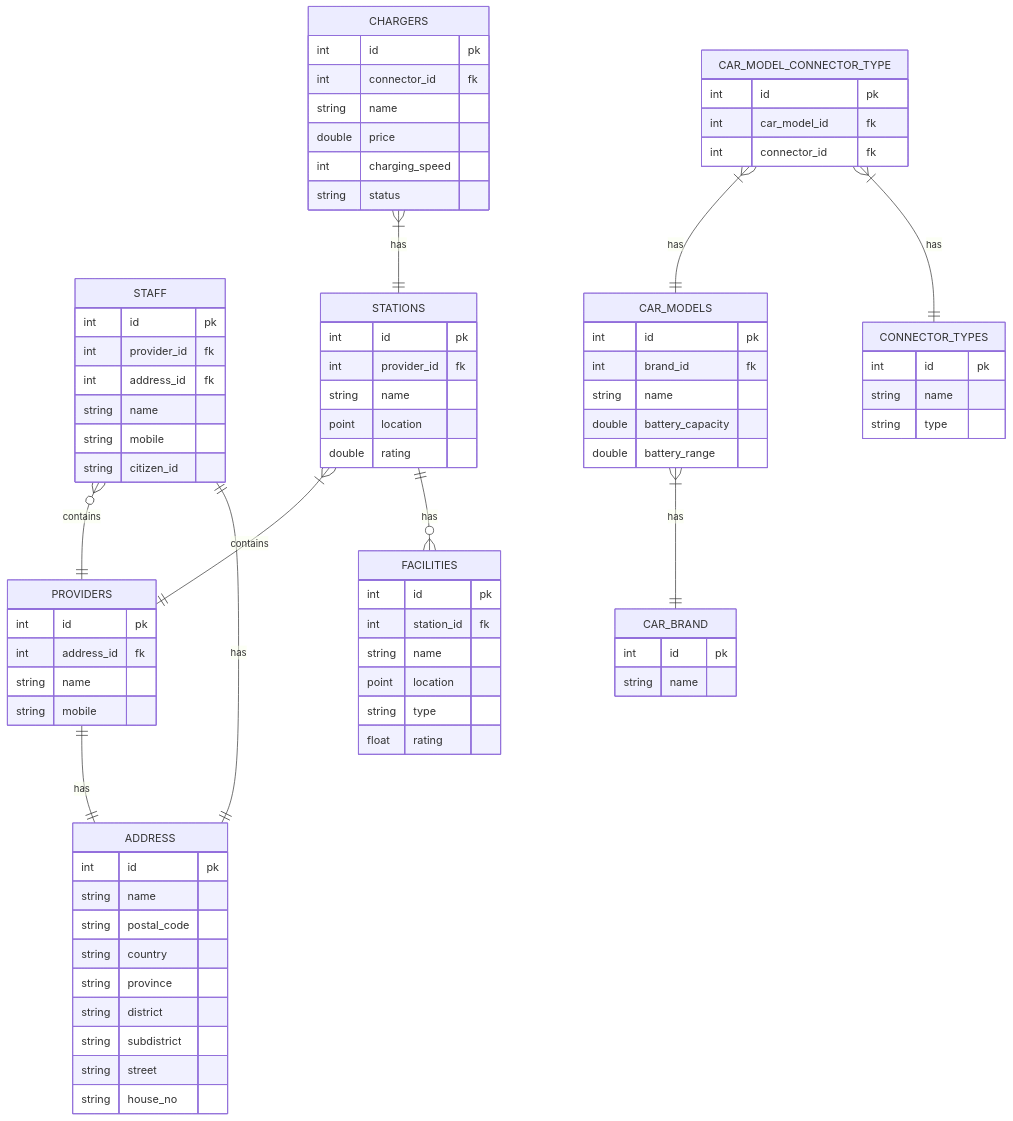
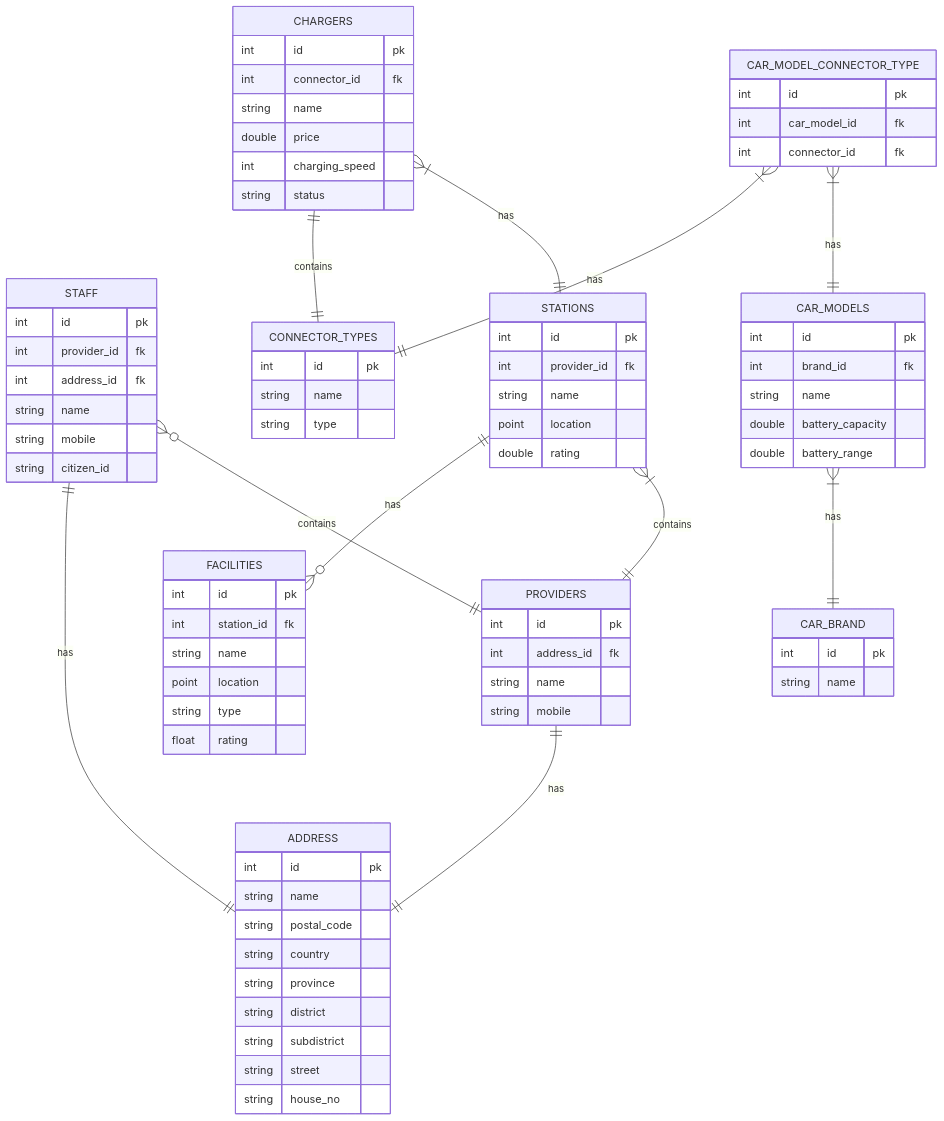
The diagram in db.md (ongzasad/ev-trip-planner), drawn with Mermaid before and after one commit.

Commit message:
update charger and connector type

````diff
--- a/db.md
+++ b/db.md
@@ -2,81 +2,82 @@
 ```mermaid
-    erDiagram
+        erDiagram
         STAFF {
             int id pk
             int provider_id fk
             int address_id fk
             string name
             string mobile
             string citizen_id
         }
         PROVIDERS {
             int id pk
             int address_id fk
             string name
             string mobile
         }
         CAR_MODELS {
             int id pk
             int brand_id fk
             string name
             double battery_capacity
             double battery_range
         }
         CAR_BRAND {
             int id pk
             string name
         }
         FACILITIES {
             int id pk
             int station_id fk
             string name
             point location
             string type
             float rating
         }
         CHARGERS {
             int id pk
             int connector_id fk
             string name
             double price
             int charging_speed
             string status
         }
         STATIONS {
             int id pk
             int provider_id fk
             string name
             point location
             double rating
         }
         ADDRESS {
             int id pk
             string name
             string postal_code
             string country
             string province
             string district
             string subdistrict
             string street
             string house_no
         }
         CONNECTOR_TYPES {
             int id pk
             string name
             string type
         }
         CAR_MODEL_CONNECTOR_TYPE {
             int id pk
             int car_model_id fk
             int connector_id fk
         }
         STAFF o{--|| PROVIDERS : contains
         STATIONS |{--|| PROVIDERS : contains
         CAR_MODELS |{--|| CAR_BRAND : has
         STATIONS ||--o{ FACILITIES : has
         CHARGERS |{--|| STATIONS : has
         STAFF ||--|| ADDRESS : has
         PROVIDERS ||--|| ADDRESS : has
         CAR_MODEL_CONNECTOR_TYPE |{--|| CAR_MODELS : has
         CAR_MODEL_CONNECTOR_TYPE |{--|| CONNECTOR_TYPES : has
+        CHARGERS ||--|| CONNECTOR_TYPES : contains
 ```     
````
